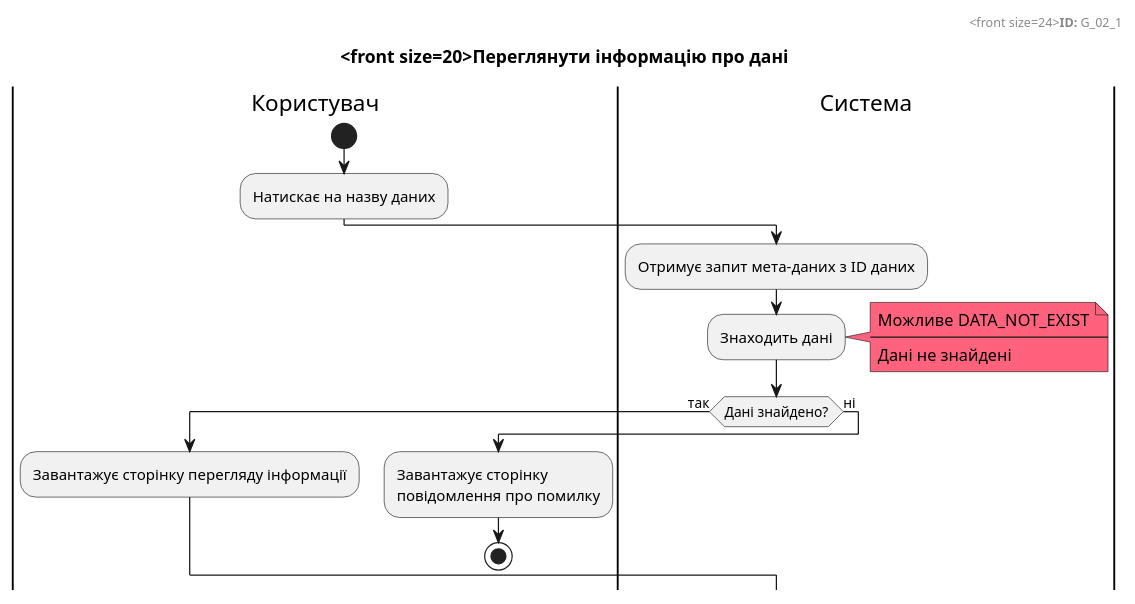
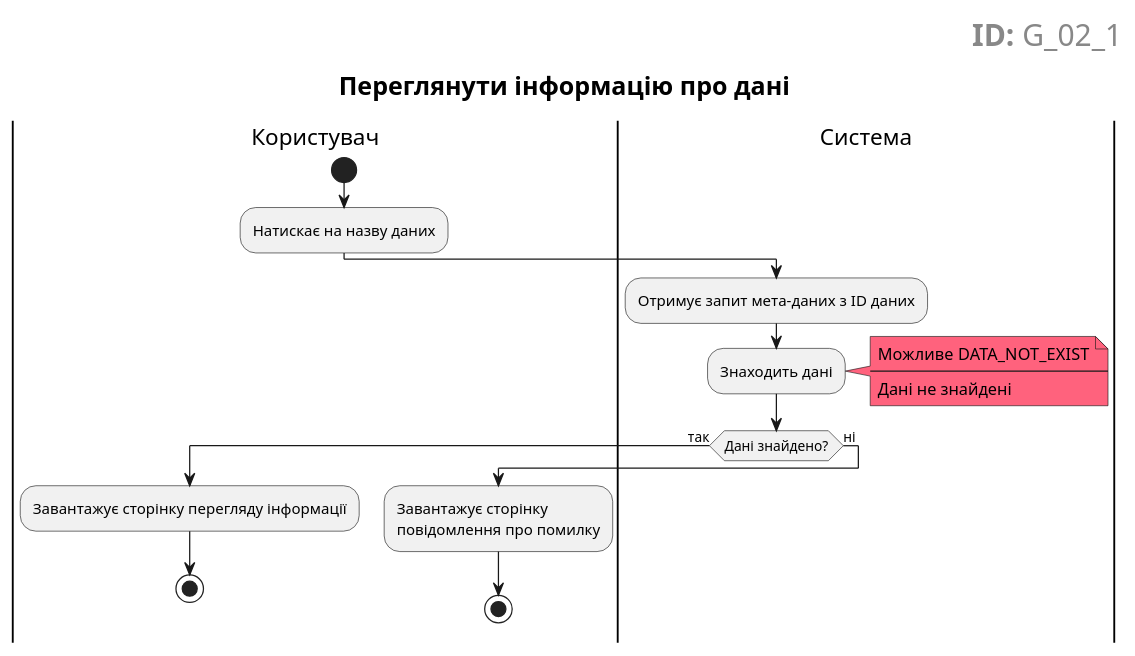
Before and after one commit to kkatkot/Theme2: the sixth of 15 diagrams in docs/use cases/README.md, drawn with PlantUML. The commit also changed other lines of this file, not shown here.

```diff
--- a/docs/use cases/README.md
+++ b/docs/use cases/README.md
@@ -292,32 +292,32 @@
 @startuml
 
     right header
-        <front size=24><b>ID:</b> G_02_1
+        <font size=24><b>ID:</b> G_02_1
     end header
 
     title
-        <front size=20>Переглянути інформацію про дані
+        <font size=20 color=black>Переглянути інформацію про дані
     end title
 
     |Користувач|
     start
     :Натискає на назву даних;
     
     |Система|
     :Отримує запит мета-даних з ID даних;
     :Знаходить дані;
     note right #ff627d
         Можливе DATA_NOT_EXIST
         ----
         Дані не знайдені
     end note    
     if (Дані знайдено?) then (так) 
         |Користувач|
         :Завантажує сторінку перегляду інформації;
+        stop
     else (ні)
         |Користувач|
         :Завантажує сторінку\nповідомлення про помилку;
-
-    stop
+        stop
 
 @enduml
```
